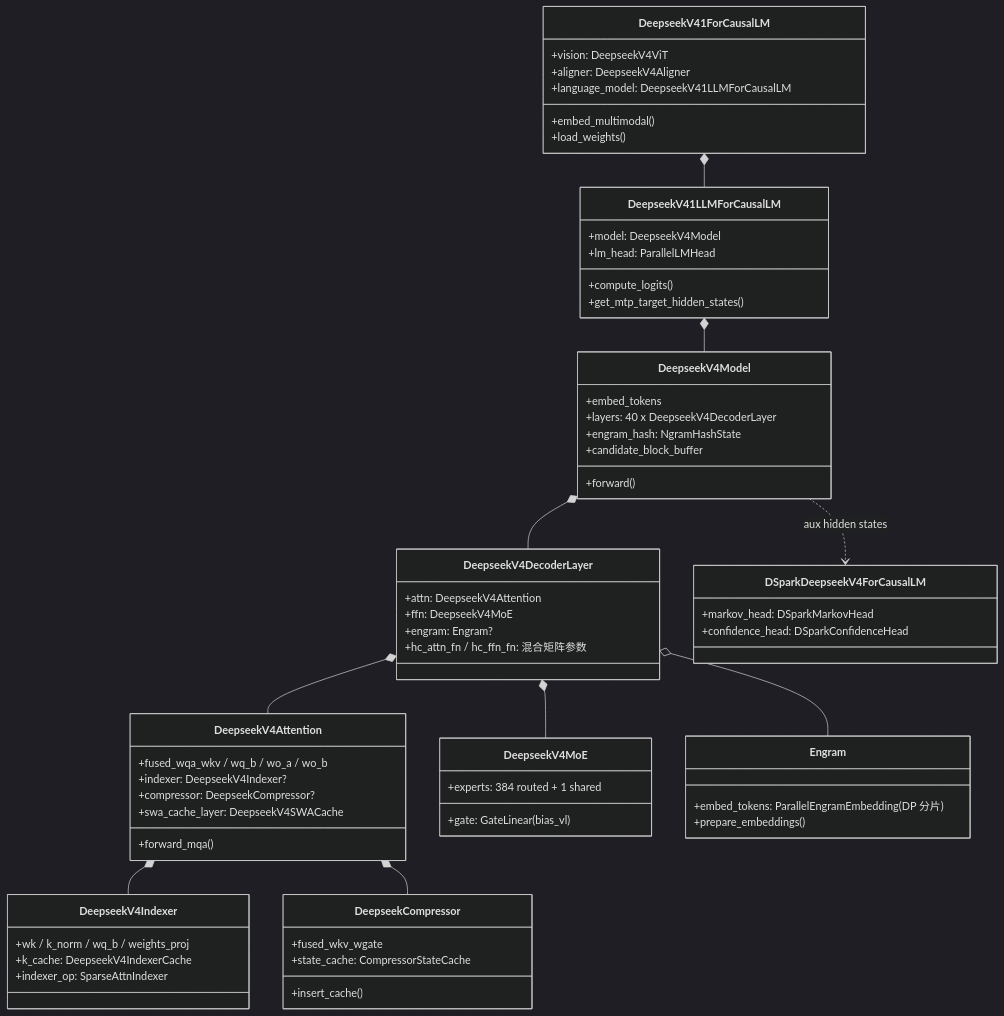
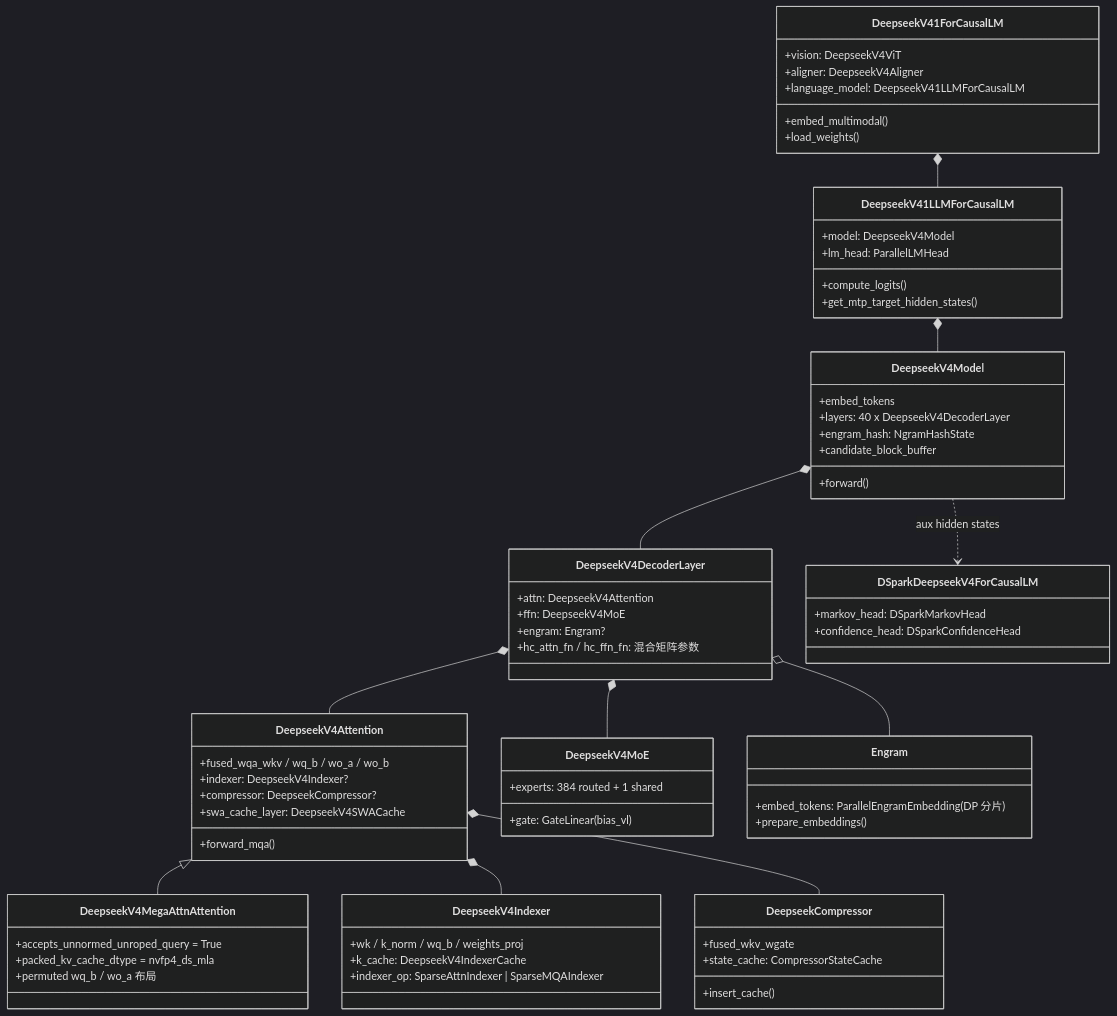
One commit to shen-shanshan/vllm-dev-skills changed diagram 11 of 11 in skills/vllm-model-tutorial/outputs/deepseek_v4_1_flash.md. Above: the diagram before and after it, drawn with Mermaid (dark theme). The commit also changed other lines of this file and 4 other files, not shown here.

````diff
--- a/skills/vllm-model-tutorial/outputs/deepseek_v4_1_flash.md
+++ b/skills/vllm-model-tutorial/outputs/deepseek_v4_1_flash.md
@@ -800,68 +847,74 @@
 ```mermaid
 classDiagram
     class DeepseekV41ForCausalLM {
         +vision: DeepseekV4ViT
         +aligner: DeepseekV4Aligner
         +language_model: DeepseekV41LLMForCausalLM
         +embed_multimodal()
         +load_weights()
     }
     class DeepseekV41LLMForCausalLM {
         +model: DeepseekV4Model
         +lm_head: ParallelLMHead
         +compute_logits()
         +get_mtp_target_hidden_states()
     }
     class DeepseekV4Model {
         +embed_tokens
         +layers: 40 x DeepseekV4DecoderLayer
         +engram_hash: NgramHashState
         +candidate_block_buffer
         +forward()
     }
     class DeepseekV4DecoderLayer {
         +attn: DeepseekV4Attention
         +ffn: DeepseekV4MoE
         +engram: Engram?
         +hc_attn_fn / hc_ffn_fn: 混合矩阵参数
     }
     class DeepseekV4Attention {
         +fused_wqa_wkv / wq_b / wo_a / wo_b
         +indexer: DeepseekV4Indexer?
         +compressor: DeepseekCompressor?
         +swa_cache_layer: DeepseekV4SWACache
         +forward_mqa()
     }
+    class DeepseekV4MegaAttnAttention {
+        +accepts_unnormed_unroped_query = True
+        +packed_kv_cache_dtype = nvfp4_ds_mla
+        +permuted wq_b / wo_a 布局
+    }
     class DeepseekV4MoE {
         +gate: GateLinear (bias_vl)
         +experts: 384 routed + 1 shared
     }
     class DeepseekV4Indexer {
         +wk / k_norm / wq_b / weights_proj
         +k_cache: DeepseekV4IndexerCache
-        +indexer_op: SparseAttnIndexer
+        +indexer_op: SparseAttnIndexer | SparseMQAIndexer
     }
     class DeepseekCompressor {
         +fused_wkv_wgate
         +state_cache: CompressorStateCache
         +insert_cache()
     }
     class Engram {
         +embed_tokens: ParallelEngramEmbedding (DP 分片)
         +prepare_embeddings()
     }
     class DSparkDeepseekV4ForCausalLM {
         +markov_head: DSparkMarkovHead
         +confidence_head: DSparkConfidenceHead
     }
 
     DeepseekV41ForCausalLM *-- DeepseekV41LLMForCausalLM
     DeepseekV41LLMForCausalLM *-- DeepseekV4Model
     DeepseekV4Model *-- DeepseekV4DecoderLayer
     DeepseekV4DecoderLayer *-- DeepseekV4Attention
     DeepseekV4DecoderLayer *-- DeepseekV4MoE
     DeepseekV4DecoderLayer o-- Engram
+    DeepseekV4Attention <|-- DeepseekV4MegaAttnAttention
     DeepseekV4Attention *-- DeepseekV4Indexer
     DeepseekV4Attention *-- DeepseekCompressor
     DeepseekV4Model ..> DSparkDeepseekV4ForCausalLM : aux hidden states
 ```
````
